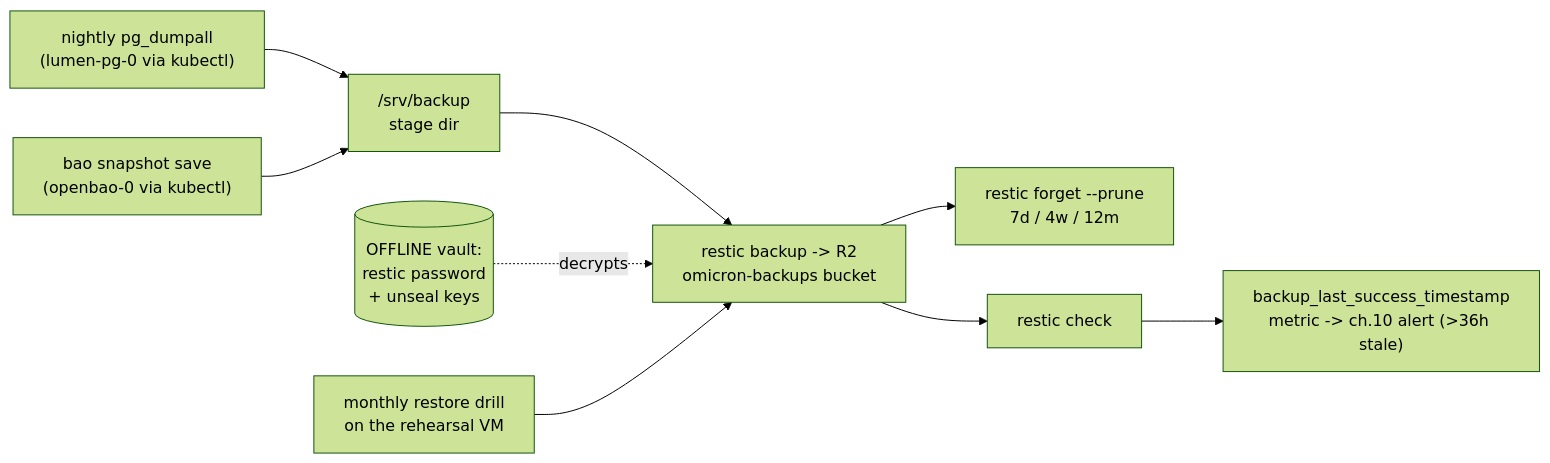
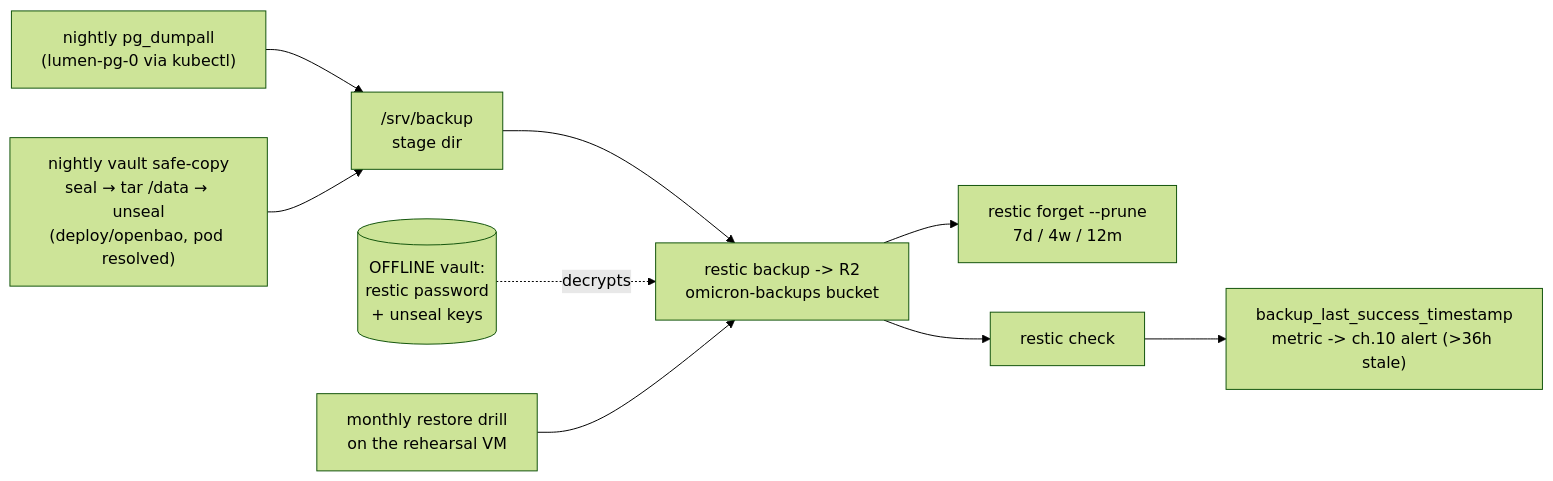
Before and after one commit to kanatabi/omicron: the diagram in runbook/08-backups.md, drawn with Mermaid (forest theme). The commit also changed other lines of this file and 3 other files, not shown here.

````diff
--- a/runbook/08-backups.md
+++ b/runbook/08-backups.md
@@ -60,11 +60,11 @@
 ```mermaid
 flowchart LR
     PG["nightly pg_dumpall\n(lumen-pg-0 via kubectl)"] --> STAGE["/srv/backup\nstage dir"]
-    BAO["bao snapshot save\n(openbao-0 via kubectl)"] --> STAGE
+    BAO["nightly vault safe-copy\nseal → tar /data → unseal\n(deploy/openbao, pod resolved)"] --> STAGE
     STAGE --> BK["restic backup -> R2\nomicron-backups bucket"]
     BK --> FP["restic forget --prune\n7d / 4w / 12m"]
     BK --> CK["restic check"]
     CK --> MET["backup_last_success_timestamp\nmetric -> ch.10 alert (>36h stale)"]
     OFF[("OFFLINE vault:\nrestic password\n+ unseal keys")] -. decrypts .-> BK
     DRILL["monthly restore drill\non the rehearsal VM"] --> BK
 ```
````
